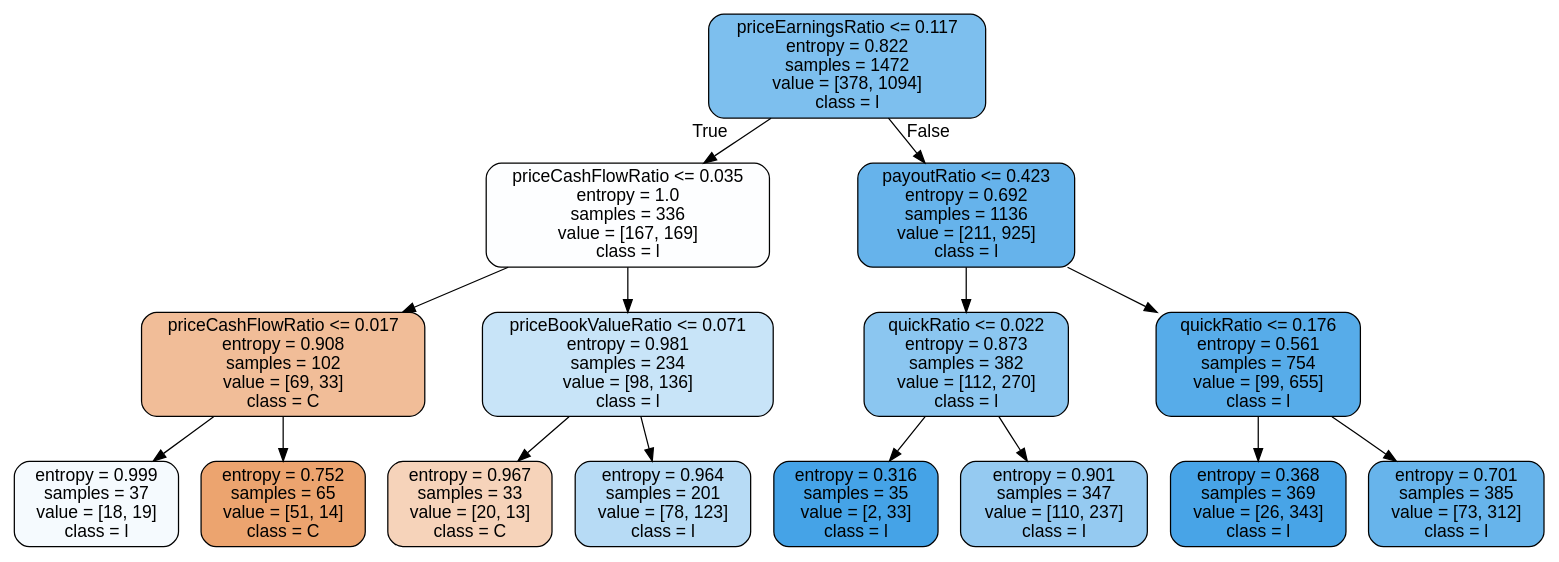
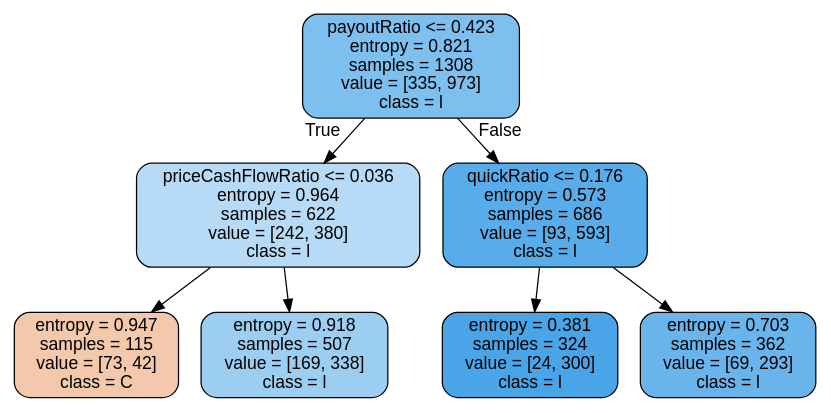
Before and after one commit to WafflesAreFriends/CPSC-4310-Stocks: the diagram in DAP3/entropy.dot, drawn with Graphviz. The commit also changed 2 other files, not shown here.

```diff
--- a/DAP3/entropy.dot
+++ b/DAP3/entropy.dot
@@ -1,33 +1,17 @@
 digraph Tree {
 node [shape=box, style="filled, rounded", color="black", fontname=helvetica] ;
 edge [fontname=helvetica] ;
-0 [label="priceEarningsRatio <= 0.117\nentropy = 0.822\nsamples = 1472\nvalue = [378, 1094]\nclass = l", fillcolor="#7dbfee"] ;
-1 [label="priceCashFlowRatio <= 0.035\nentropy = 1.0\nsamples = 336\nvalue = [167, 169]\nclass = l", fillcolor="#fdfeff"] ;
+0 [label="payoutRatio <= 0.423\nentropy = 0.821\nsamples = 1308\nvalue = [335, 973]\nclass = l", fillcolor="#7dbfee"] ;
+1 [label="priceCashFlowRatio <= 0.036\nentropy = 0.964\nsamples = 622\nvalue = [242, 380]\nclass = l", fillcolor="#b7dbf6"] ;
 0 -> 1 [labeldistance=2.5, labelangle=45, headlabel="True"] ;
-2 [label="priceCashFlowRatio <= 0.017\nentropy = 0.908\nsamples = 102\nvalue = [69, 33]\nclass = C", fillcolor="#f1bd98"] ;
+2 [label="entropy = 0.947\nsamples = 115\nvalue = [73, 42]\nclass = C", fillcolor="#f4c9ab"] ;
 1 -> 2 ;
-3 [label="entropy = 0.999\nsamples = 37\nvalue = [18, 19]\nclass = l", fillcolor="#f5fafe"] ;
-2 -> 3 ;
-4 [label="entropy = 0.752\nsamples = 65\nvalue = [51, 14]\nclass = C", fillcolor="#eca46f"] ;
-2 -> 4 ;
-5 [label="priceBookValueRatio <= 0.071\nentropy = 0.981\nsamples = 234\nvalue = [98, 136]\nclass = l", fillcolor="#c8e4f8"] ;
-1 -> 5 ;
-6 [label="entropy = 0.967\nsamples = 33\nvalue = [20, 13]\nclass = C", fillcolor="#f6d3ba"] ;
-5 -> 6 ;
-7 [label="entropy = 0.964\nsamples = 201\nvalue = [78, 123]\nclass = l", fillcolor="#b7dbf5"] ;
-5 -> 7 ;
-8 [label="payoutRatio <= 0.423\nentropy = 0.692\nsamples = 1136\nvalue = [211, 925]\nclass = l", fillcolor="#66b3eb"] ;
-0 -> 8 [labeldistance=2.5, labelangle=-45, headlabel="False"] ;
-9 [label="quickRatio <= 0.022\nentropy = 0.873\nsamples = 382\nvalue = [112, 270]\nclass = l", fillcolor="#8bc6f0"] ;
-8 -> 9 ;
-10 [label="entropy = 0.316\nsamples = 35\nvalue = [2, 33]\nclass = l", fillcolor="#45a3e7"] ;
-9 -> 10 ;
-11 [label="entropy = 0.901\nsamples = 347\nvalue = [110, 237]\nclass = l", fillcolor="#95caf1"] ;
-9 -> 11 ;
-12 [label="quickRatio <= 0.176\nentropy = 0.561\nsamples = 754\nvalue = [99, 655]\nclass = l", fillcolor="#57ace9"] ;
-8 -> 12 ;
-13 [label="entropy = 0.368\nsamples = 369\nvalue = [26, 343]\nclass = l", fillcolor="#48a4e7"] ;
-12 -> 13 ;
-14 [label="entropy = 0.701\nsamples = 385\nvalue = [73, 312]\nclass = l", fillcolor="#67b4eb"] ;
-12 -> 14 ;
+3 [label="entropy = 0.918\nsamples = 507\nvalue = [169, 338]\nclass = l", fillcolor="#9ccef2"] ;
+1 -> 3 ;
+4 [label="quickRatio <= 0.176\nentropy = 0.573\nsamples = 686\nvalue = [93, 593]\nclass = l", fillcolor="#58ace9"] ;
+0 -> 4 [labeldistance=2.5, labelangle=-45, headlabel="False"] ;
+5 [label="entropy = 0.381\nsamples = 324\nvalue = [24, 300]\nclass = l", fillcolor="#49a5e7"] ;
+4 -> 5 ;
+6 [label="entropy = 0.703\nsamples = 362\nvalue = [69, 293]\nclass = l", fillcolor="#68b4eb"] ;
+4 -> 6 ;
 }
```
